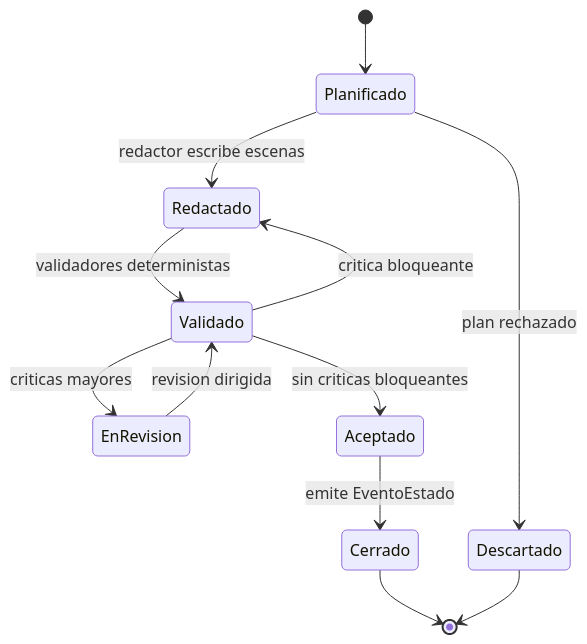
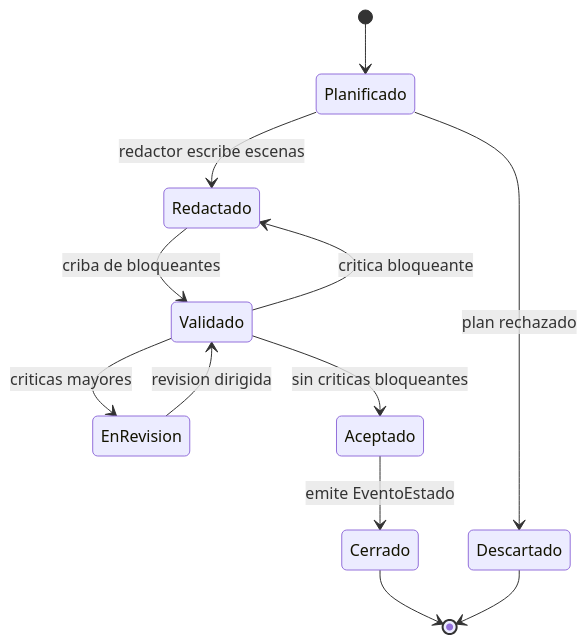
The ninth of 9 diagrams in docs/architecture.md (alvarofernandezqaracter/my-story-maker), drawn with Mermaid before and after one commit. The commit also changed other lines of this file and 7 other files, not shown here.

````diff
--- a/docs/architecture.md
+++ b/docs/architecture.md
@@ -450,14 +455,14 @@
 ```mermaid
 stateDiagram-v2
   [*] --> Planificado
   Planificado --> Redactado: redactor escribe escenas
-  Redactado --> Validado: validadores deterministas
+  Redactado --> Validado: criba de bloqueantes
   Validado --> EnRevision: criticas mayores
   EnRevision --> Validado: revision dirigida
   Validado --> Redactado: critica bloqueante
   Validado --> Aceptado: sin criticas bloqueantes
   Aceptado --> Cerrado: emite EventoEstado
   Cerrado --> [*]
   Planificado --> Descartado: plan rechazado
   Descartado --> [*]
 ```
````
